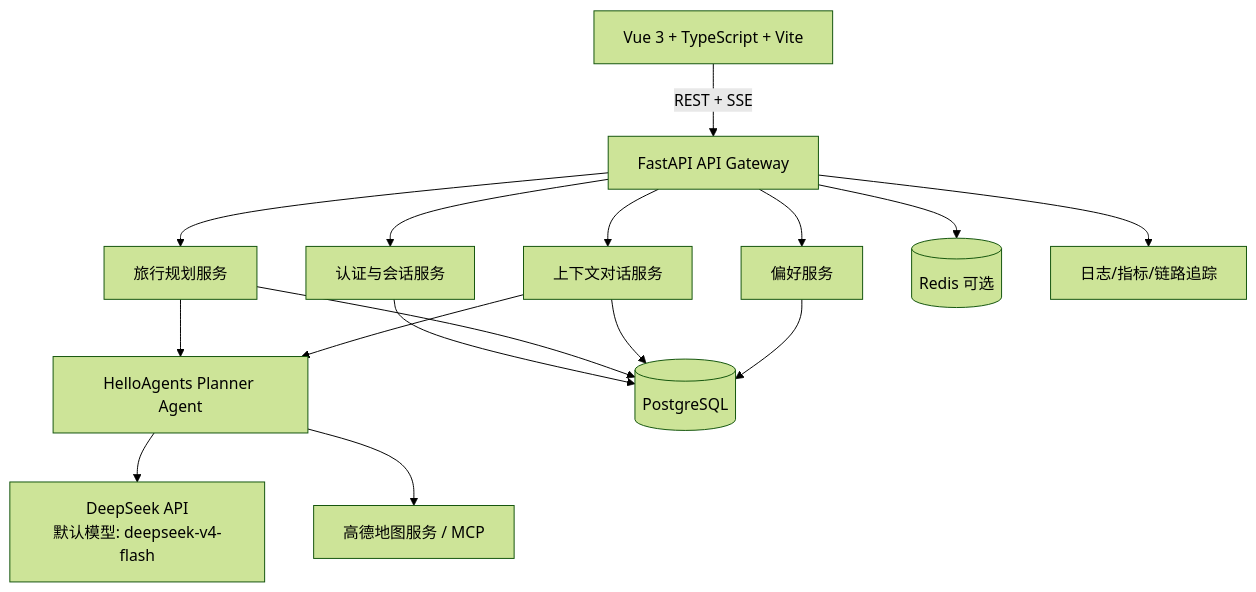
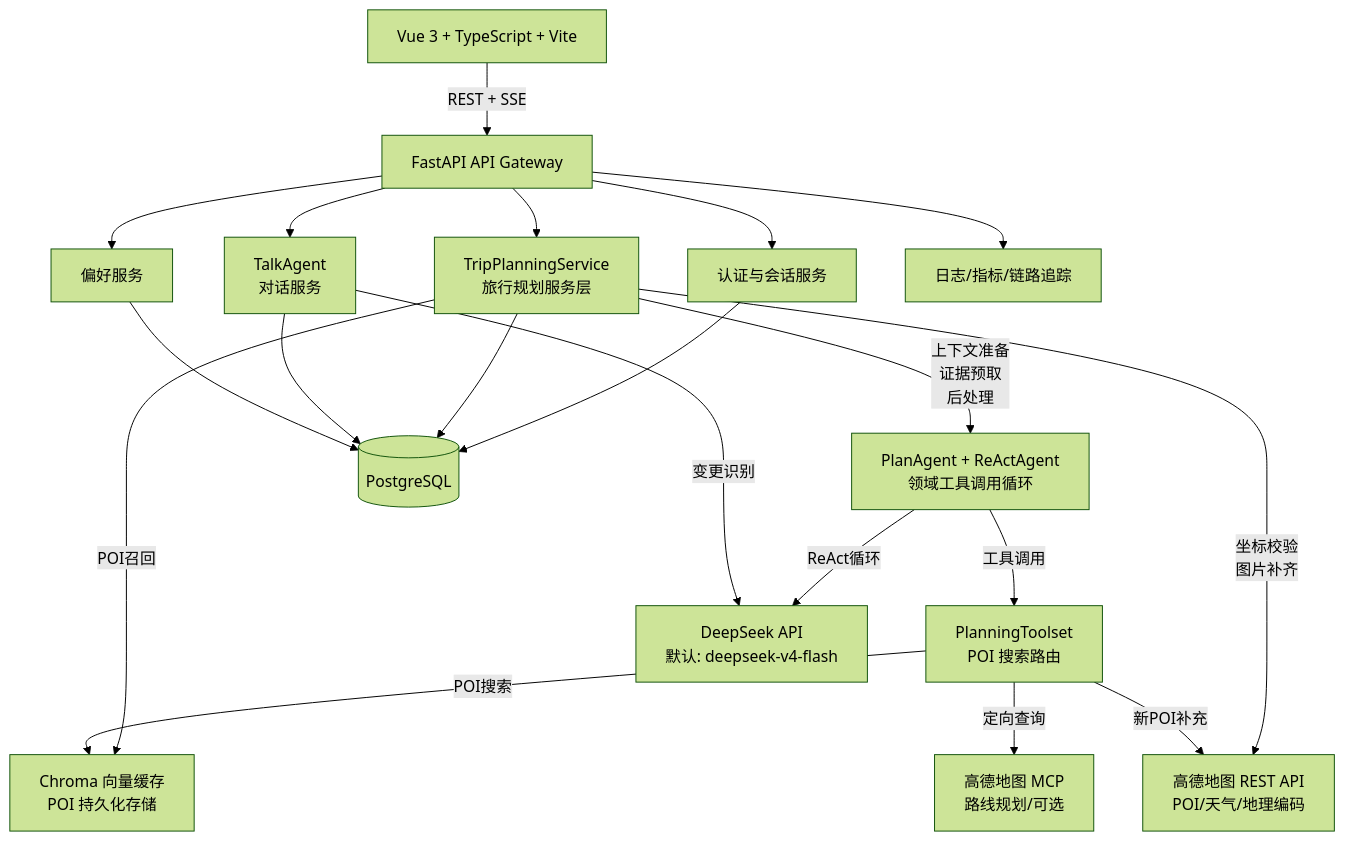
The second of 2 diagrams in docs/trip-planner-prd.md (niuerben/trip_agent), drawn with Mermaid (forest theme) before and after one commit. The commit also changed other lines of this file and 40 other files, not shown here.

```diff
--- a/docs/trip-planner-prd.md
+++ b/docs/trip-planner-prd.md
@@ -231,31 +231,37 @@
 ~~~mermaid
 flowchart TB
     UI[Vue 3 + TypeScript + Vite]
     API[FastAPI API Gateway]
     AUTH[认证与会话服务]
-    PLAN[旅行规划服务]
-    CHAT[上下文对话服务]
+    PLAN[TripPlanningService<br/>旅行规划服务层]
+    CHAT[TalkAgent<br/>对话服务]
     PREF[偏好服务]
-    MAP[高德地图服务 / MCP]
-    AGENT[HelloAgents Planner Agent]
-    LLM[DeepSeek API\n默认模型: deepseek-v4-flash]
+    AMAP_REST[高德地图 REST API<br/>POI/天气/地理编码]
+    AMAP_MCP[高德地图 MCP<br/>路线规划/可选]
+    CHROMA[Chroma 向量缓存<br/>POI 持久化存储]
+    REACT[PlanAgent + ReActAgent<br/>领域工具调用循环]
+    TOOLS[PlanningToolset<br/>POI 搜索路由]
+    LLM[DeepSeek API<br/>默认: deepseek-v4-flash]
     DB[(PostgreSQL)]
-    CACHE[(Redis 可选)]
     OBS[日志/指标/链路追踪]
 
     UI -->|REST + SSE| API
     API --> AUTH
     API --> PLAN
     API --> CHAT
     API --> PREF
-    PLAN --> AGENT
-    CHAT --> AGENT
-    AGENT --> LLM
-    AGENT --> MAP
+    PLAN -->|上下文准备<br/>证据预取<br/>后处理| REACT
+    PLAN -->|POI召回| CHROMA
+    PLAN -->|坐标校验<br/>图片补齐| AMAP_REST
+    REACT -->|工具调用| TOOLS
+    REACT -->|ReAct循环| LLM
+    TOOLS -->|POI搜索| CHROMA
+    TOOLS -->|新POI补充| AMAP_REST
+    TOOLS -->|定向查询| AMAP_MCP
+    CHAT -->|变更识别| LLM
     AUTH --> DB
     PLAN --> DB
     CHAT --> DB
     PREF --> DB
-    API --> CACHE
     API --> OBS
 ~~~
```
